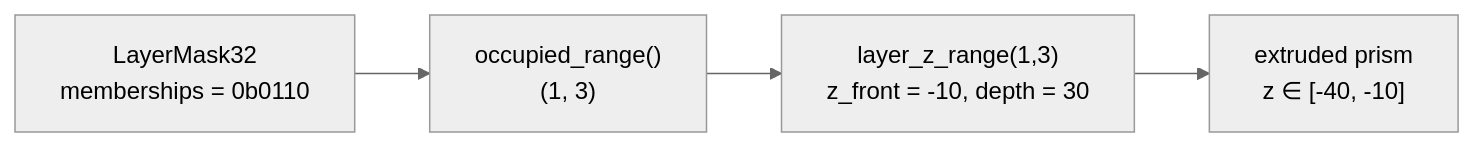
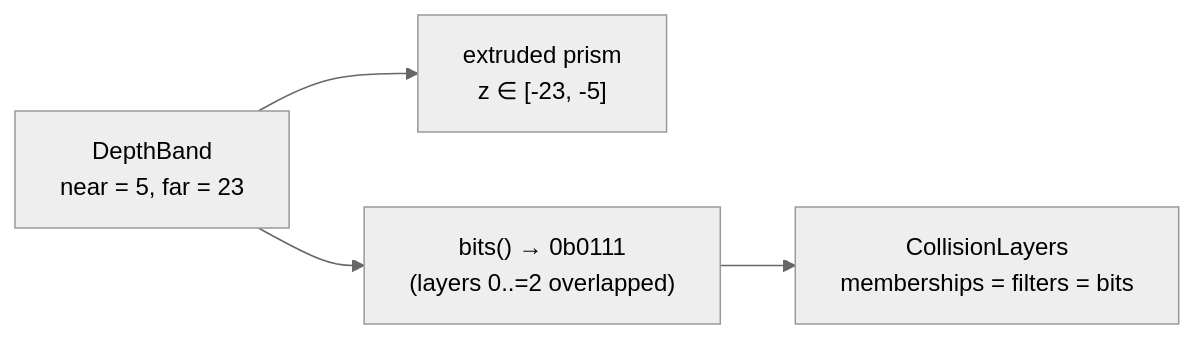
One commit to benbrandt14/Gradiance changed the fifth of 5 diagrams in docs/architecture.md. Above: the diagram before and after it, drawn with Mermaid (neutral theme). The commit also changed other lines of this file and 35 other files, not shown here.

First line of the commit message:
V3: continuous-depth collision — DepthBand replaces LayerMask32 (save v5)

````diff
--- a/docs/architecture.md
+++ b/docs/architecture.md
@@ -201,6 +203,6 @@
 ```mermaid
 flowchart LR
-    mask["LayerMask32<br/>memberships = 0b0110"] --> range["occupied_range()<br/>(1, 3)"]
-    range --> z["layer_z_range(1,3)<br/>z_front = -10, depth = 30"]
-    z --> prism["extruded prism<br/>z ∈ [-40, -10]"]
+    band["DepthBand<br/>near = 5, far = 23"] --> prism["extruded prism<br/>z ∈ [-23, -5]"]
+    band --> bits["bits() → 0b0111<br/>(layers 0..=2 overlapped)"]
+    bits --> cl["CollisionLayers<br/>memberships = filters = bits"]
 ```
````
